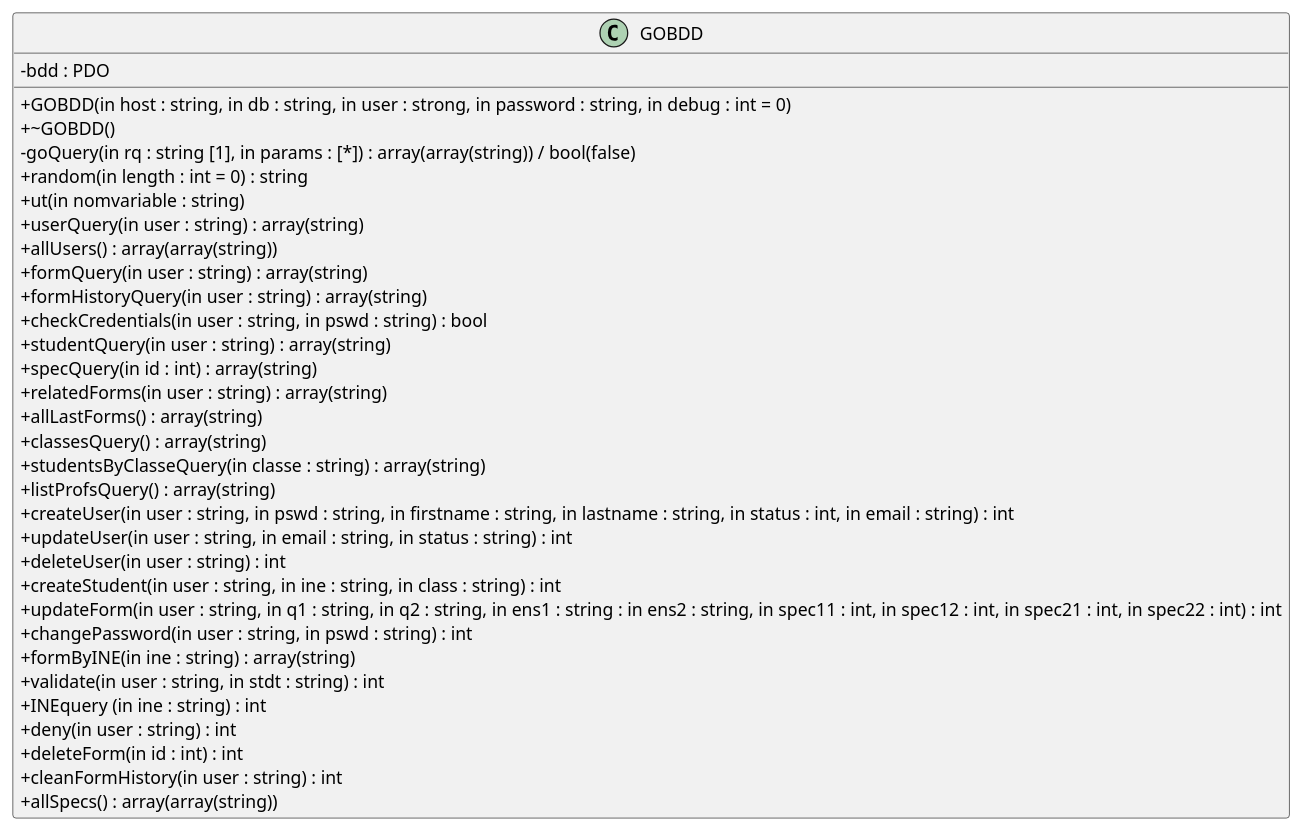
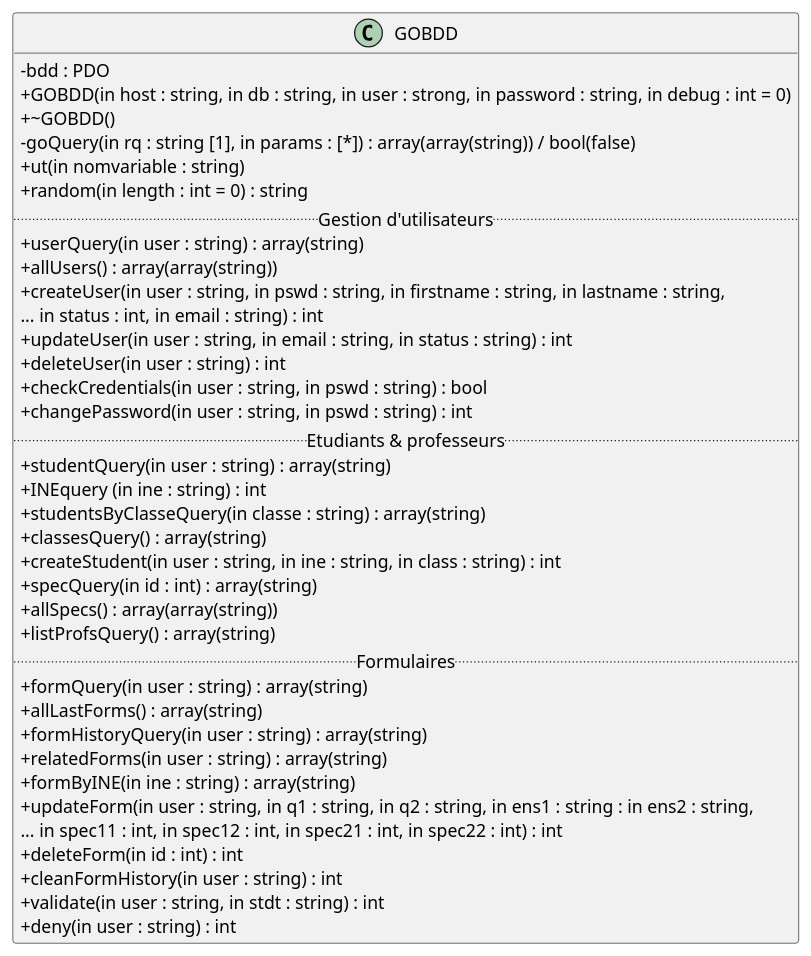
One commit to Gregoire-Br/Grand-Oral changed the diagram in uml/gobdd.puml. Above: the diagram before and after it, drawn with PlantUML. The commit also changed 1 other file, not shown here.

```diff
--- a/uml/gobdd.puml
+++ b/uml/gobdd.puml
@@ -1,36 +1,41 @@
 @startuml
 skinparam classAttributeIconSize 0
 class GOBDD {
  -bdd : PDO
  +GOBDD(in host : string, in db : string, in user : strong, in password : string, in debug : int = 0)
  +~GOBDD()
  -goQuery(in rq : string [1], in params : [*]) : array(array(string)) / bool(false)
+ +ut(in nomvariable : string)
  +random(in length : int = 0) : string
- +ut(in nomvariable : string)
+.. Gestion d'utilisateurs ..
  +userQuery(in user : string) : array(string)
  +allUsers() : array(array(string))
- +formQuery(in user : string) : array(string)
- +formHistoryQuery(in user : string) : array(string)
- +checkCredentials(in user : string, in pswd : string) : bool
- +studentQuery(in user : string) : array(string)
- +specQuery(in id : int) : array(string)
- +relatedForms(in user : string) : array(string)
- +allLastForms() : array(string)
- +classesQuery() : array(string)
- +studentsByClasseQuery(in classe : string) : array(string)
- +listProfsQuery() : array(string)
- +createUser(in user : string, in pswd : string, in firstname : string, in lastname : string, in status : int, in email : string) : int
+ +createUser(in user : string, in pswd : string, in firstname : string, in lastname : string,
+	 ... in status : int, in email : string) : int
  +updateUser(in user : string, in email : string, in status : string) : int
  +deleteUser(in user : string) : int
+ +checkCredentials(in user : string, in pswd : string) : bool
+ +changePassword(in user : string, in pswd : string) : int
+.. Etudiants & professeurs ..
+ +studentQuery(in user : string) : array(string)
+ +INEquery (in ine : string) : int
+ +studentsByClasseQuery(in classe : string) : array(string)
+ +classesQuery() : array(string)
  +createStudent(in user : string, in ine : string, in class : string) : int
- +updateForm(in user : string, in q1 : string, in q2 : string, in ens1 : string : in ens2 : string, in spec11 : int, in spec12 : int, in spec21 : int, in spec22 : int) : int
- +changePassword(in user : string, in pswd : string) : int
+ +specQuery(in id : int) : array(string)
+ +allSpecs() : array(array(string))
+ +listProfsQuery() : array(string)
+.. Formulaires ..
+ +formQuery(in user : string) : array(string)
+ +allLastForms() : array(string)
+ +formHistoryQuery(in user : string) : array(string)
+ +relatedForms(in user : string) : array(string)
  +formByINE(in ine : string) : array(string)
- +validate(in user : string, in stdt : string) : int
- +INEquery (in ine : string) : int
- +deny(in user : string) : int
+ +updateForm(in user : string, in q1 : string, in q2 : string, in ens1 : string : in ens2 : string,
+	 ... in spec11 : int, in spec12 : int, in spec21 : int, in spec22 : int) : int
  +deleteForm(in id : int) : int
  +cleanFormHistory(in user : string) : int
- +allSpecs() : array(array(string))
+ +validate(in user : string, in stdt : string) : int
+ +deny(in user : string) : int
 }
 @enduml
```
